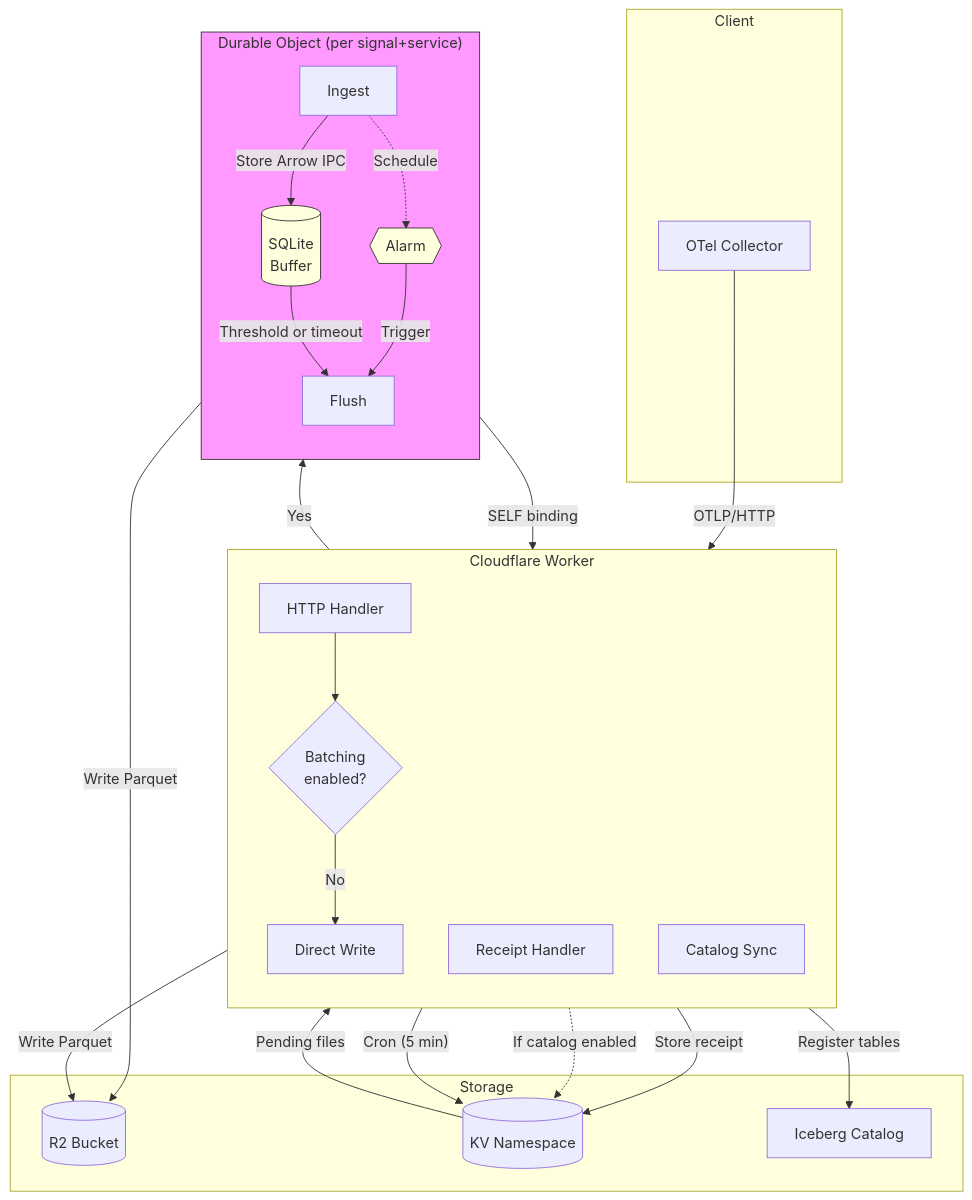
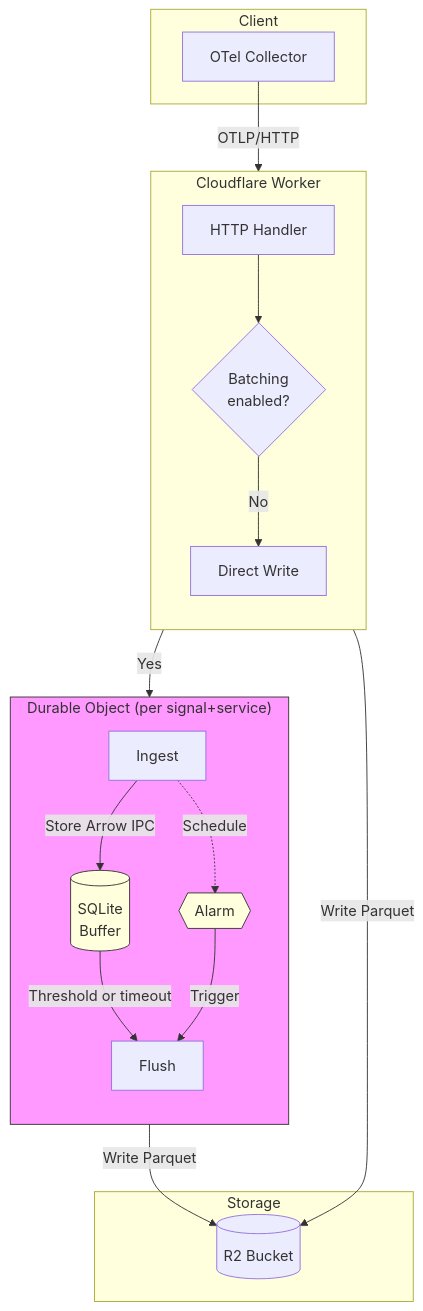
One commit to smithclay/otlp2parquet changed the diagram in docs/deploying.md. Above: the diagram before and after it, drawn with Mermaid. The commit also changed other lines of this file and 61 other files, not shown here.

````diff
--- a/docs/deploying.md
+++ b/docs/deploying.md
@@ -99,54 +76,42 @@
 ```mermaid
 flowchart TB
     subgraph Client
         OC[OTel Collector]
     end
 
     subgraph Worker["Cloudflare Worker"]
         direction TB
         H[HTTP Handler]
         R{Batching<br/>enabled?}
         DW[Direct Write]
-        RC[Receipt Handler]
-        CS[Catalog Sync]
     end
 
     subgraph DO["Durable Object (per signal+service)"]
         direction TB
         I[Ingest]
         SQL[(SQLite<br/>Buffer)]
         AL{{Alarm}}
         FL[Flush]
     end
 
     subgraph Storage
         R2[(R2 Bucket)]
-        KV[(KV Namespace)]
-        IC[Iceberg Catalog]
     end
 
     OC -->|OTLP/HTTP| H
     H --> R
     R -->|No| DW
     R -->|Yes| I
 
     I -->|Store Arrow IPC| SQL
     I -.->|Schedule| AL
     SQL -->|Threshold or timeout| FL
     AL -->|Trigger| FL
 
     FL -->|Write Parquet| R2
-    FL -->|"SELF binding"| RC
-    RC -->|Store receipt| KV
-
     DW -->|Write Parquet| R2
-    DW -.->|If catalog enabled| KV
-
-    CS -->|"Cron (5 min)"| KV
-    KV -->|Pending files| CS
-    CS -->|Register tables| IC
 
     style DO fill:#f9f,stroke:#333
     style SQL fill:#ffd,stroke:#333
     style AL fill:#ffd,stroke:#333
 ```
````
